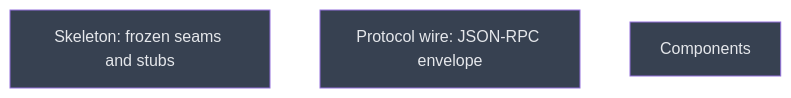
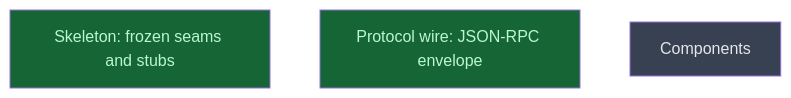
Before and after one commit to CrackingShells/Candler: the diagram in __roadmap__/m2a-evaluation-parity/README.md, drawn with Mermaid. The commit also changed other lines of this file and 2 other files, not shown here.

Commit message:
rdm(evaluation): mark the skeleton and protocol_wire done
Both L0 leaves are landed on the integration branch with their gates
passing, so L1 can start.

````diff
--- a/__roadmap__/m2a-evaluation-parity/README.md
+++ b/__roadmap__/m2a-evaluation-parity/README.md
@@ -123,11 +123,11 @@
 ```mermaid
 graph TD
-    skeleton[Skeleton: frozen seams and stubs]:::planned
-    protocol_wire[Protocol wire: JSON-RPC envelope]:::planned
+    skeleton[Skeleton: frozen seams and stubs]:::done
+    protocol_wire[Protocol wire: JSON-RPC envelope]:::done
     components[Components]:::planned
     classDef done       fill:#166534,color:#bbf7d0
     classDef inprogress fill:#854d0e,color:#fef08a
     classDef planned    fill:#374151,color:#e5e7eb
     classDef amendment  fill:#1e3a5f,color:#bfdbfe
     classDef blocked    fill:#7f1d1d,color:#fecaca
 ```
````
